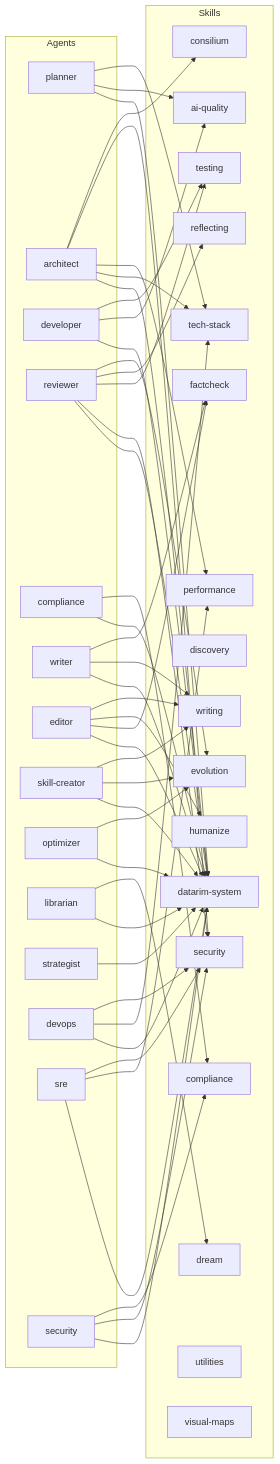
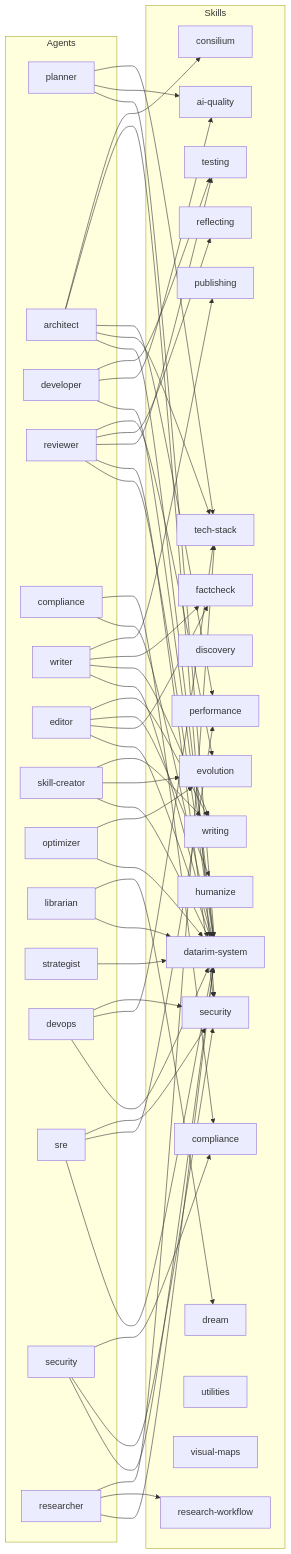
The fourth of 4 diagrams in skills/visual-maps/utility-and-dependencies.md (Arcanada-one/datarim), drawn with Mermaid before and after one commit. The commit also changed other lines of this file and 29 other files, not shown here.

````diff
--- a/skills/visual-maps/utility-and-dependencies.md
+++ b/skills/visual-maps/utility-and-dependencies.md
@@ -100,54 +105,58 @@
 ```mermaid
 graph LR
     subgraph "Agents"
         planner["planner"]
         architect["architect"]
         developer["developer"]
         reviewer["reviewer"]
         comp_agent["compliance"]
         writer_agent["writer"]
         editor_agent["editor"]
         skill_creator["skill-creator"]
         optimizer_agent["optimizer"]
         librarian["librarian"]
         strategist["strategist"]
         devops_agent["devops"]
         sre_agent["sre"]
         security_agent["security"]
+        researcher_agent["researcher"]
     end
 
     subgraph "Skills"
         sys["datarim-system"]
         aiq["ai-quality"]
         sec["security"]
         test["testing"]
         perf["performance"]
         tech["tech-stack"]
         cons["consilium"]
         disc["discovery"]
         evo["evolution"]
         refl["reflecting"]
         writ["writing"]
         drm["dream"]
         comp_sk["compliance"]
         fc["factcheck"]
         hum["humanize"]
+        pub["publishing"]
         util["utilities"]
         vmap["visual-maps"]
+        research_wf["research-workflow"]
     end
 
     planner --> sys & aiq & tech
     architect --> sys & tech & perf & sec & cons
     developer --> sys & aiq & test
     reviewer --> sys & sec & test & refl & evo
     comp_agent --> sys & comp_sk
-    writer_agent --> sys & writ & fc
+    writer_agent --> sys & writ & fc & pub
     editor_agent --> sys & fc & hum & writ
     skill_creator --> sys & evo & writ
     optimizer_agent --> sys & evo
     librarian --> sys & drm
     strategist --> sys
     devops_agent --> sys & tech & sec
     sre_agent --> sys & perf & sec
     security_agent --> sys & sec & comp_sk
+    researcher_agent --> sys & research_wf & tech
 ```
````
